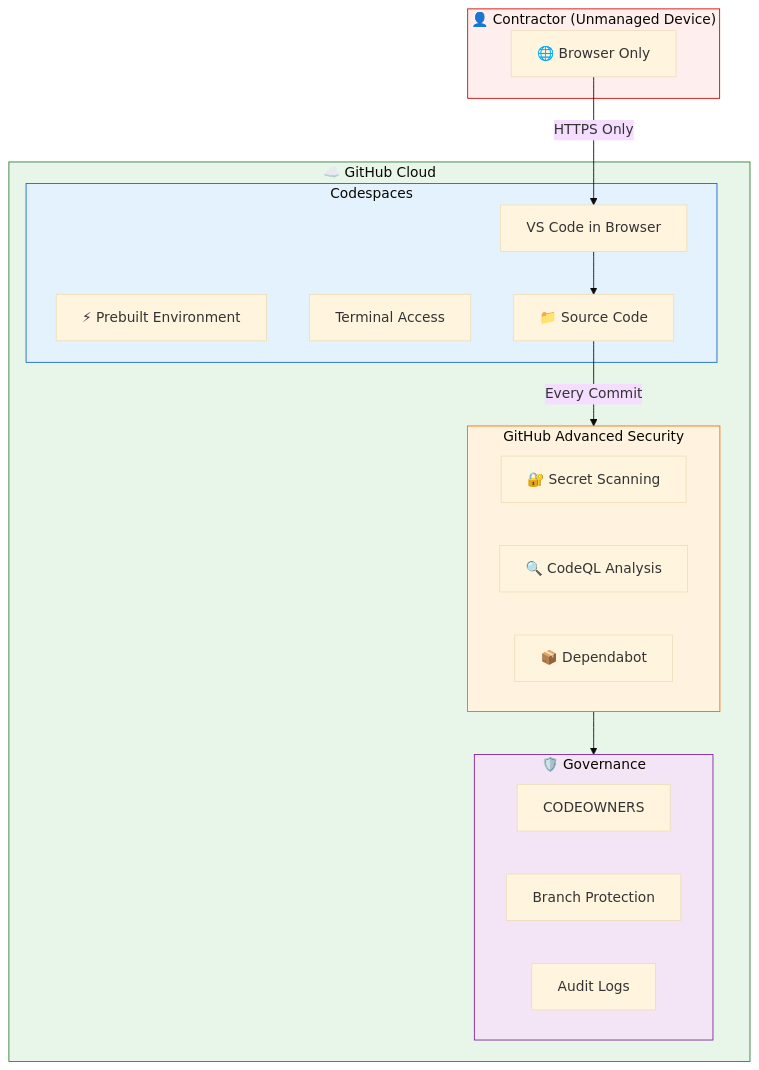
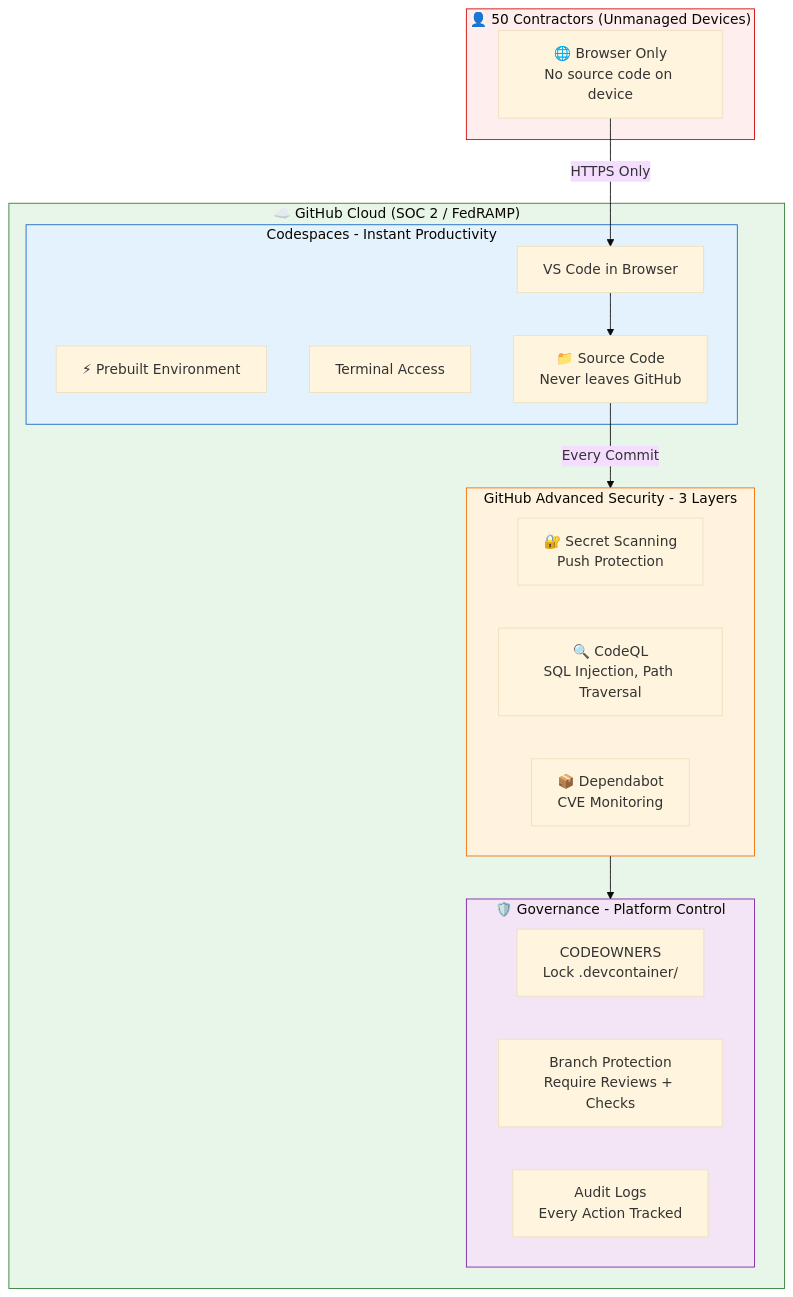
One commit to shariqh/acme-inventory-api changed the first of 11 diagrams in DEMO-DIAGRAMS.md. Above: the diagram before and after it, drawn with Mermaid (base theme). The commit also changed other lines of this file, not shown here.

First line of the commit message:
Update diagrams to match talk track precisely

````diff
--- a/DEMO-DIAGRAMS.md
+++ b/DEMO-DIAGRAMS.md
@@ -5,38 +10,38 @@
 ```mermaid
 flowchart TB
-    subgraph contractor["👤 Contractor (Unmanaged Device)"]
-        browser["🌐 Browser Only"]
+    subgraph contractor["👤 50 Contractors (Unmanaged Devices)"]
+        browser["🌐 Browser Only<br/>No source code on device"]
     end
 
-    subgraph github["☁️ GitHub Cloud"]
-        subgraph codespaces["Codespaces"]
+    subgraph github["☁️ GitHub Cloud (SOC 2 / FedRAMP)"]
+        subgraph codespaces["Codespaces - Instant Productivity"]
             prebuild["⚡ Prebuilt Environment"]
             vscode["VS Code in Browser"]
             terminal["Terminal Access"]
-            code["📁 Source Code"]
+            code["📁 Source Code<br/>Never leaves GitHub"]
         end
 
-        subgraph ghas["GitHub Advanced Security"]
-            secrets["🔐 Secret Scanning"]
-            codeql["🔍 CodeQL Analysis"]
-            dependabot["📦 Dependabot"]
+        subgraph ghas["GitHub Advanced Security - 3 Layers"]
+            secrets["🔐 Secret Scanning<br/>Push Protection"]
+            codeql["🔍 CodeQL<br/>SQL Injection, Path Traversal"]
+            dependabot["📦 Dependabot<br/>CVE Monitoring"]
         end
 
-        subgraph governance["🛡️ Governance"]
-            codeowners["CODEOWNERS"]
-            branchpro["Branch Protection"]
-            audit["Audit Logs"]
+        subgraph governance["🛡️ Governance - Platform Control"]
+            codeowners["CODEOWNERS<br/>Lock .devcontainer/"]
+            branchpro["Branch Protection<br/>Require Reviews + Checks"]
+            audit["Audit Logs<br/>Every Action Tracked"]
         end
     end
 
     browser -->|"HTTPS Only"| vscode
     vscode --> code
     code -->|"Every Commit"| ghas
     ghas --> governance
 
     style contractor fill:#fee,stroke:#c00
     style github fill:#e8f5e9,stroke:#2e7d32
     style codespaces fill:#e3f2fd,stroke:#1565c0
     style ghas fill:#fff3e0,stroke:#ef6c00
     style governance fill:#f3e5f5,stroke:#7b1fa2
 ```
````
